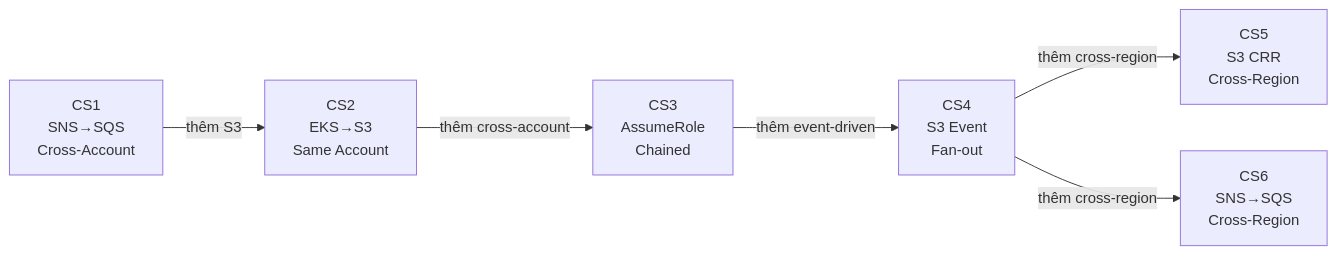
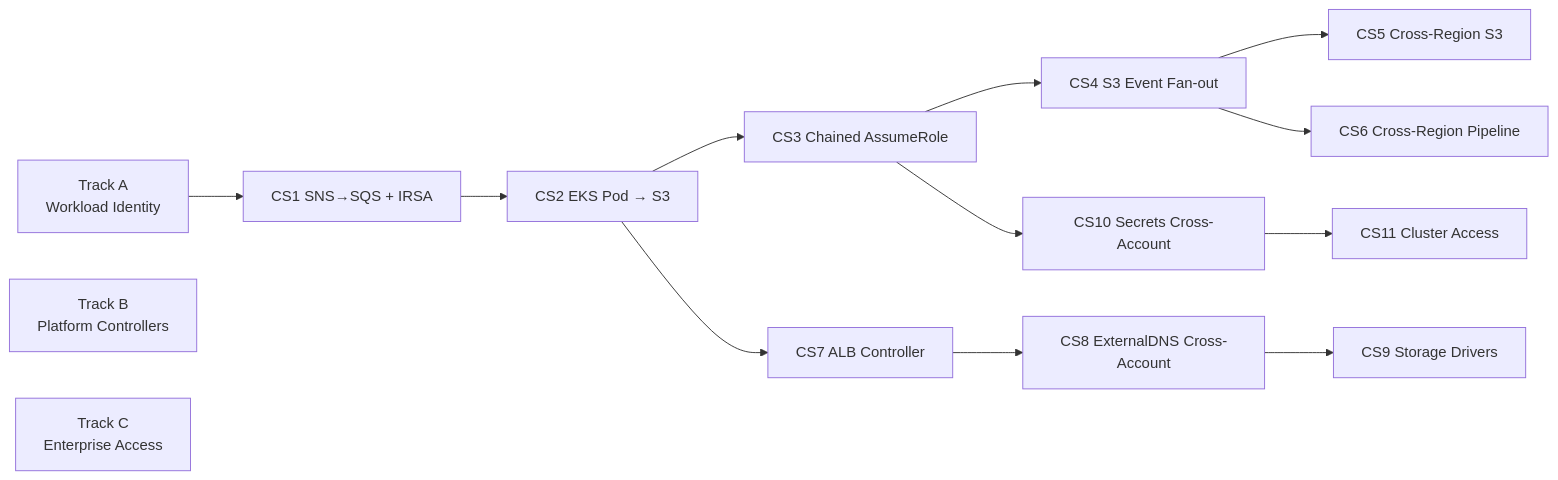
One commit to duynhlab/tf-ministack-local changed the second of 2 diagrams in iam/README.md. Above: the diagram before and after it, drawn with Mermaid. The commit also changed other lines of this file and 31 other files, not shown here.

````diff
--- a/iam/README.md
+++ b/iam/README.md
@@ -24,15 +34,25 @@
 ```mermaid
 flowchart LR
-  CS1["CS1\nSNS→SQS\nCross-Account"]
-  CS2["CS2\nEKS→S3\nSame Account"]
-  CS3["CS3\nAssumeRole\nChained"]
-  CS4["CS4\nS3 Event\nFan-out"]
-  CS5["CS5\nS3 CRR\nCross-Region"]
-  CS6["CS6\nSNS→SQS\nCross-Region"]
+  A["Track A\nWorkload Identity"]
+  B["Track B\nPlatform Controllers"]
+  C["Track C\nEnterprise Access"]
 
-  CS1 -->|"thêm S3"| CS2
-  CS2 -->|"thêm cross-account"| CS3
-  CS3 -->|"thêm event-driven"| CS4
-  CS4 -->|"thêm cross-region"| CS5
-  CS4 -->|"thêm cross-region"| CS6
+  A1["CS1 SNS→SQS + IRSA"]
+  A2["CS2 EKS Pod → S3"]
+  A3["CS3 Chained AssumeRole"]
+  A4["CS4 S3 Event Fan-out"]
+  A5["CS5 Cross-Region S3"]
+  A6["CS6 Cross-Region Pipeline"]
+
+  B1["CS7 ALB Controller"]
+  B2["CS8 ExternalDNS Cross-Account"]
+  B3["CS9 Storage Drivers"]
+
+  C1["CS10 Secrets Cross-Account"]
+  C2["CS11 Cluster Access"]
+
+  A --> A1 --> A2 --> A3 --> A4 --> A5
+  A4 --> A6
+  A2 --> B1 --> B2 --> B3
+  A3 --> C1 --> C2
 ```
````
